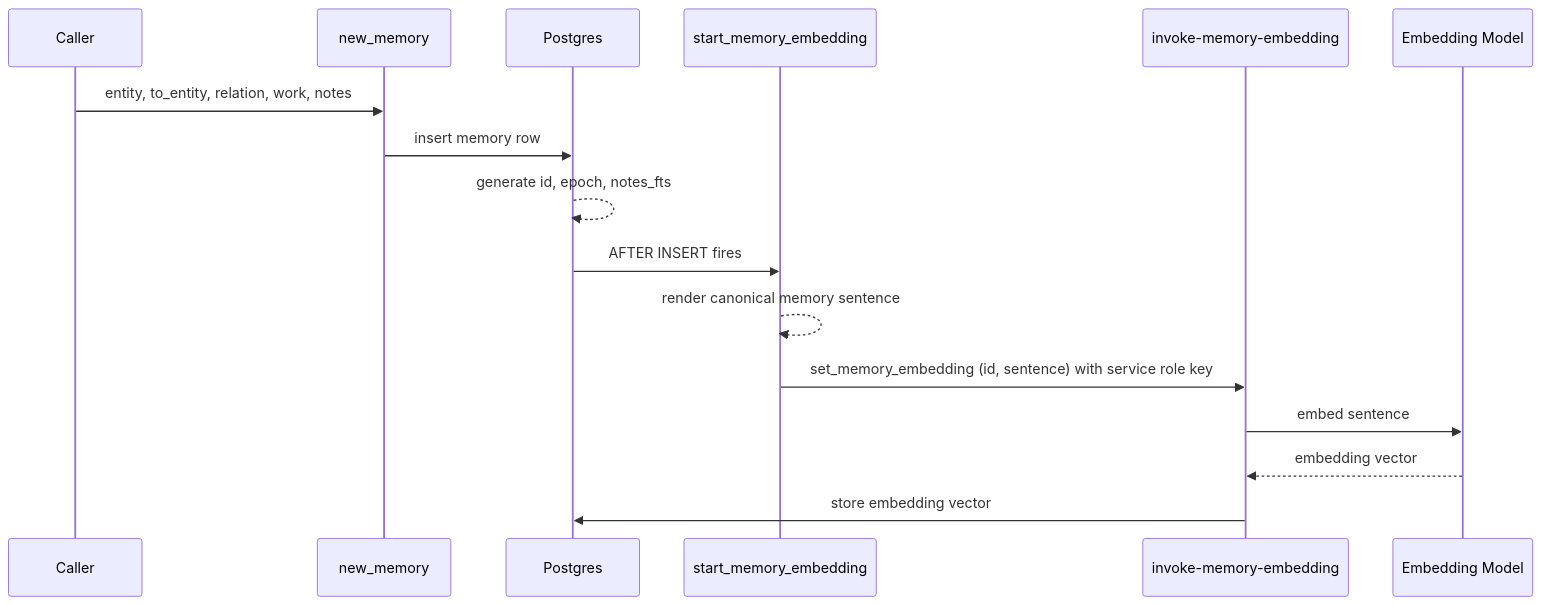
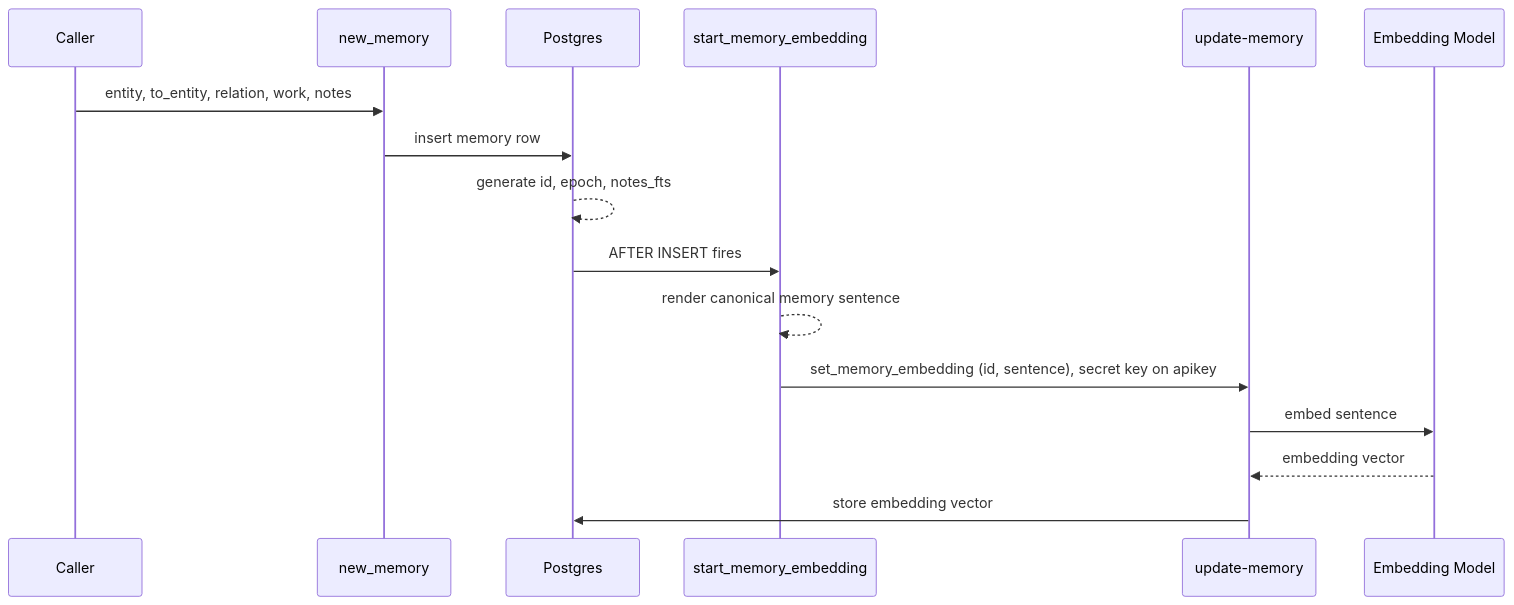
The first of 3 diagrams in memory.spec.md (andmigque/Memory), drawn with Mermaid before and after one commit. The commit also changed other lines of this file, not shown here.

Commit message:
# Updating memory spec

````diff
--- a/memory.spec.md
+++ b/memory.spec.md
@@ -111,19 +107,19 @@
 ```mermaid
 sequenceDiagram
     participant Caller
     participant NewMemory as new_memory
     participant Postgres
     participant Trigger as start_memory_embedding
-    participant Edge as invoke-memory-embedding
+    participant Edge as update-memory
     participant Model as Embedding Model
 
     Caller->>NewMemory: entity, to_entity, relation, work, notes
     NewMemory->>Postgres: insert memory row
     Postgres-->>Postgres: generate id, epoch, notes_fts
     Postgres->>Trigger: AFTER INSERT fires
     Trigger-->>Trigger: render canonical memory sentence
-    Trigger->>Edge: set_memory_embedding (id, sentence) with service role key
+    Trigger->>Edge: set_memory_embedding (id, sentence), secret key on apikey
     Edge->>Model: embed sentence
     Model-->>Edge: embedding vector
     Edge->>Postgres: store embedding vector
 ```
````
